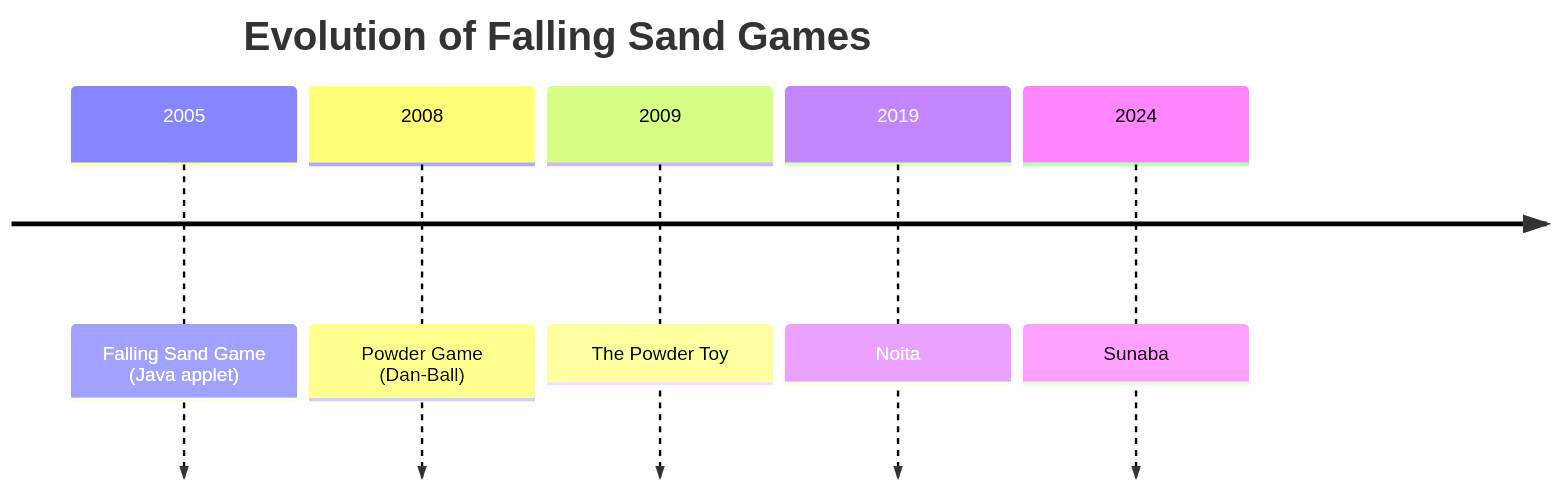
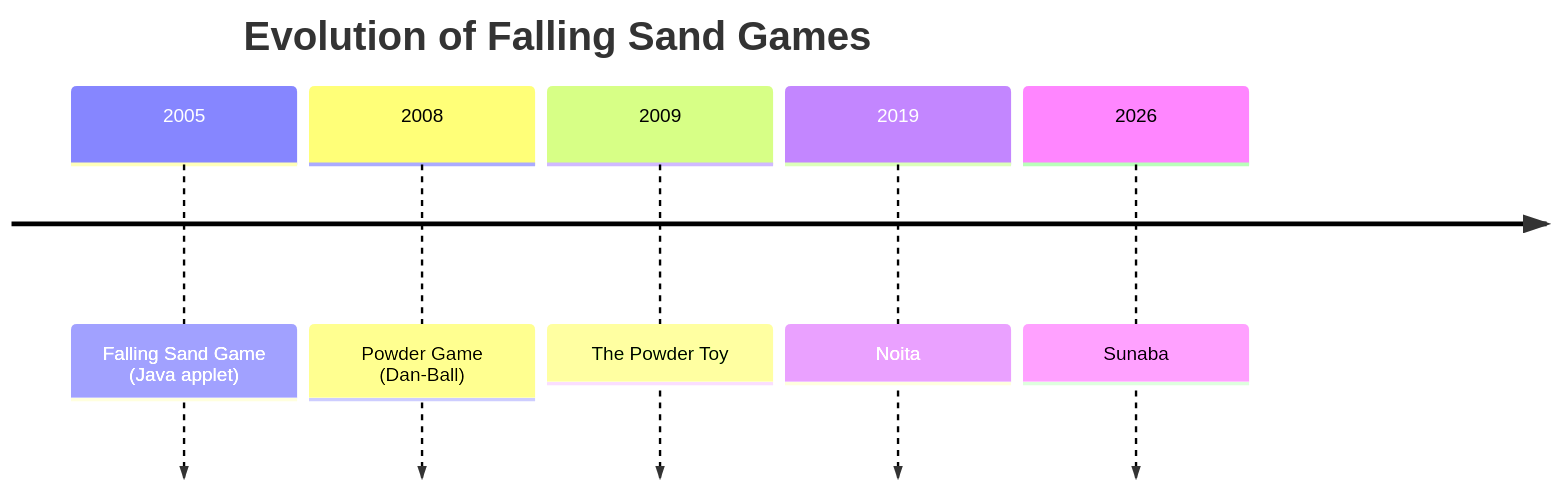
Before and after one commit to arturh85/sanuba: the first of 5 diagrams in docs/emergent-physics.md, drawn with Mermaid. The commit also changed 1 other file, not shown here.

Commit message:
fix formatting

````diff
--- a/docs/emergent-physics.md
+++ b/docs/emergent-physics.md
@@ -35,9 +35,9 @@
 ```mermaid
 timeline
     title Evolution of Falling Sand Games
     2005 : Falling Sand Game (Java applet)
     2008 : Powder Game (Dan-Ball)
     2009 : The Powder Toy
     2019 : Noita
-    2024 : Sunaba
+    2026 : Sunaba
 ```
````
